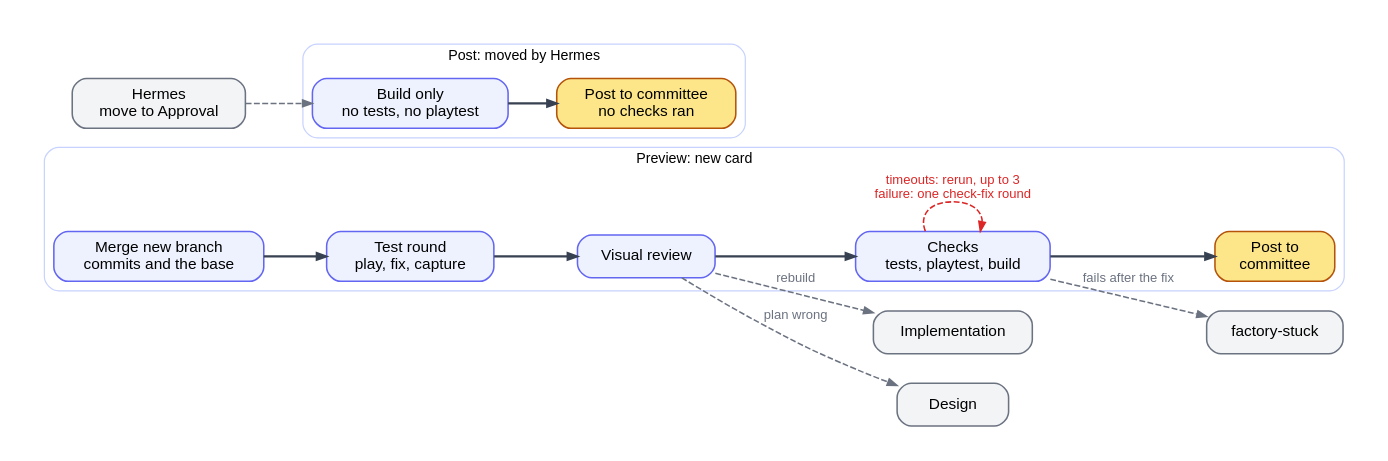
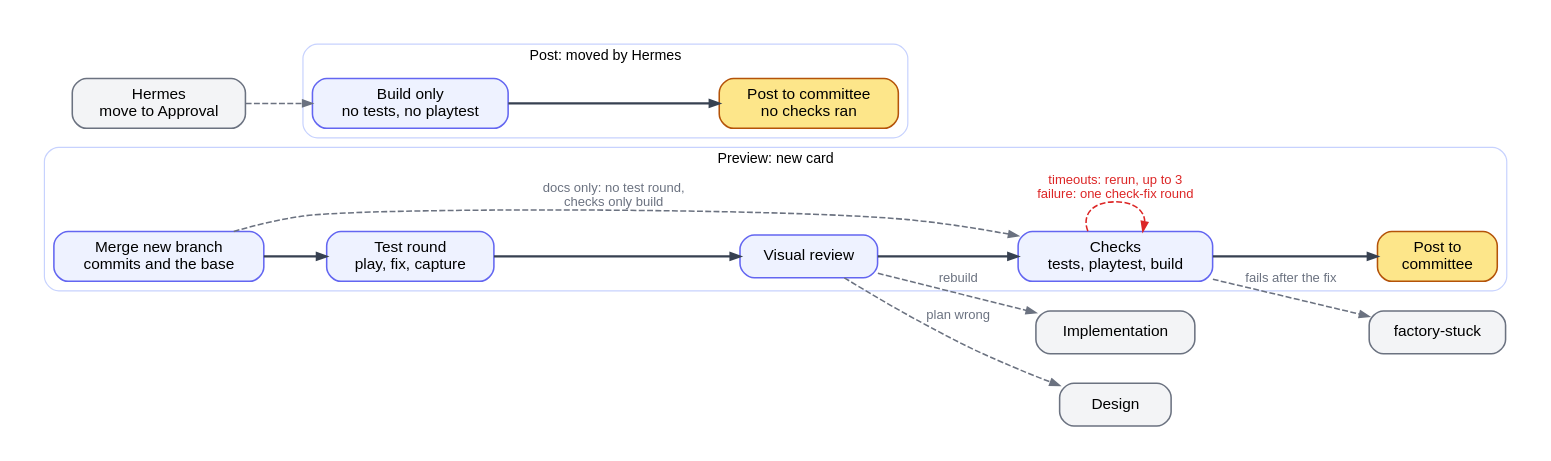
One commit to btseytlin/road-machiners changed the diagram in factory/docs/diagrams/testing.dot. Above: the diagram before and after it, drawn with Graphviz. The commit also changed 13 other files, not shown here.

Commit message:
Cleanup tasks get the review with no harden round and merge after their checks with no second Hardening; a branch of Markdown docs alone skips the test round, the harden round and the full checks, and only builds

```diff
--- a/factory/docs/diagrams/testing.dot
+++ b/factory/docs/diagrams/testing.dot
@@ -1,28 +1,29 @@
 // Testing column. Preview before the committee plays. Post runs only when Hermes moves a card to Approval. Red: loops back. Grey: leaves Testing or enters from outside.
 digraph testing {
   rankdir=LR; nodesep=0.35; ranksep=0.55; bgcolor=white; pad=0.3;
   node [shape=box, style="rounded,filled", fillcolor="#eef2ff", color="#6366f1", fontname="Helvetica", fontsize=13, margin="0.2,0.1", penwidth=1.3, width=1.3];
   edge [color="#374151", penwidth=1.8, arrowsize=0.8, fontname="Helvetica", fontsize=11];
   subgraph cluster_preview {
     label="Preview: new card"; fontname="Helvetica"; fontsize=12; color="#c7d2fe"; style=rounded;
     PM [label="Merge new branch\ncommits and the base"]; PT [label="Test round\nplay, fix, capture"]; PV [label="Visual review"];
     PC [label="Checks\ntests, playtest, build"]; PP [label="Post to\ncommittee", fillcolor="#fde68a", color="#b45309"];
     PM -> PT -> PV -> PC -> PP [weight=100];
   }
   subgraph cluster_post {
     label="Post: moved by Hermes"; fontname="Helvetica"; fontsize=12; color="#c7d2fe"; style=rounded;
     QB [label="Build only\nno tests, no playtest"]; QP [label="Post to committee\nno checks ran", fillcolor="#fde68a", color="#b45309"];
     QB -> QP [weight=100];
   }
   XH [label="Hermes\nmove to Approval", fillcolor="#f3f4f6", color="#6b7280"];
   XI [label="Implementation", fillcolor="#f3f4f6", color="#6b7280"];
   XD [label="Design", fillcolor="#f3f4f6", color="#6b7280"];
   XS [label="factory-stuck", fillcolor="#f3f4f6", color="#6b7280"];
   edge [color="#dc2626", fontcolor="#dc2626", style=dashed, penwidth=1.3];
   PC -> PC [label="timeouts: rerun, up to 3\nfailure: one check-fix round"];
   edge [color="#6b7280", fontcolor="#6b7280"];
+  PM -> PC [label="docs only: no test round,\nchecks only build"];
   XH -> QB;
   PV -> XI [label="rebuild"];
   PV -> XD [label="plan wrong"];
   PC -> XS [label="fails after the fix"];
 }
```
